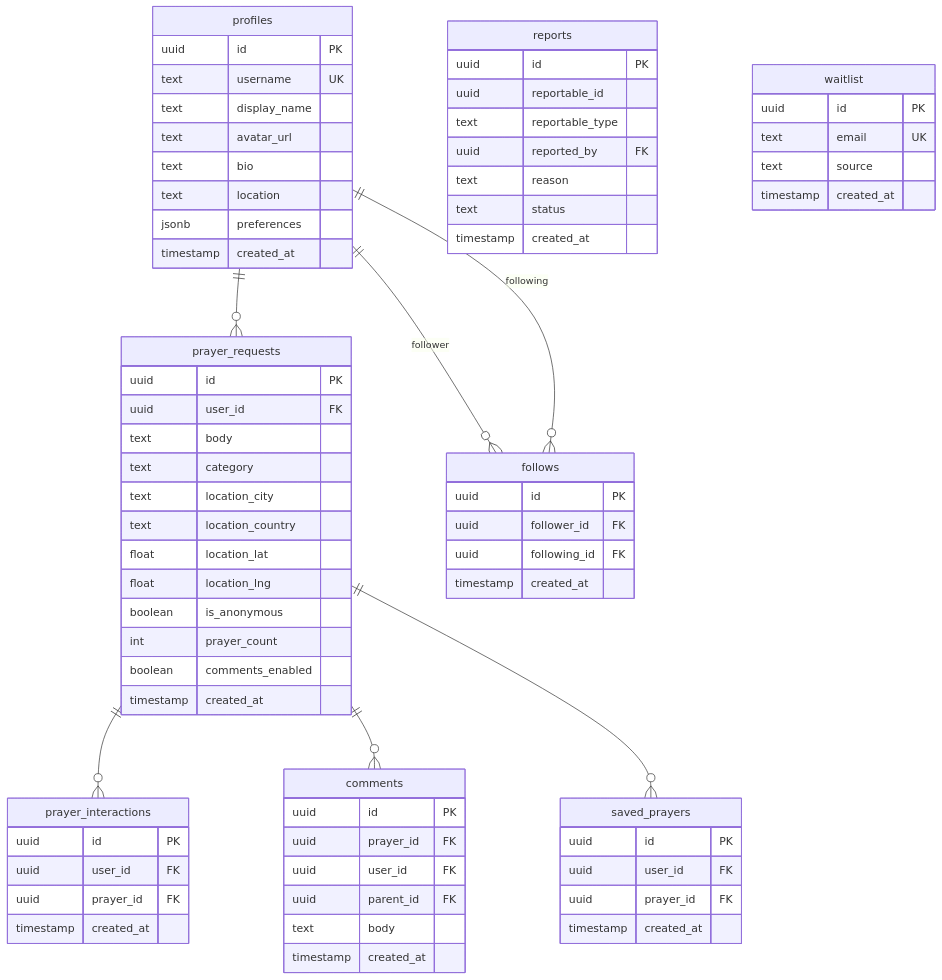
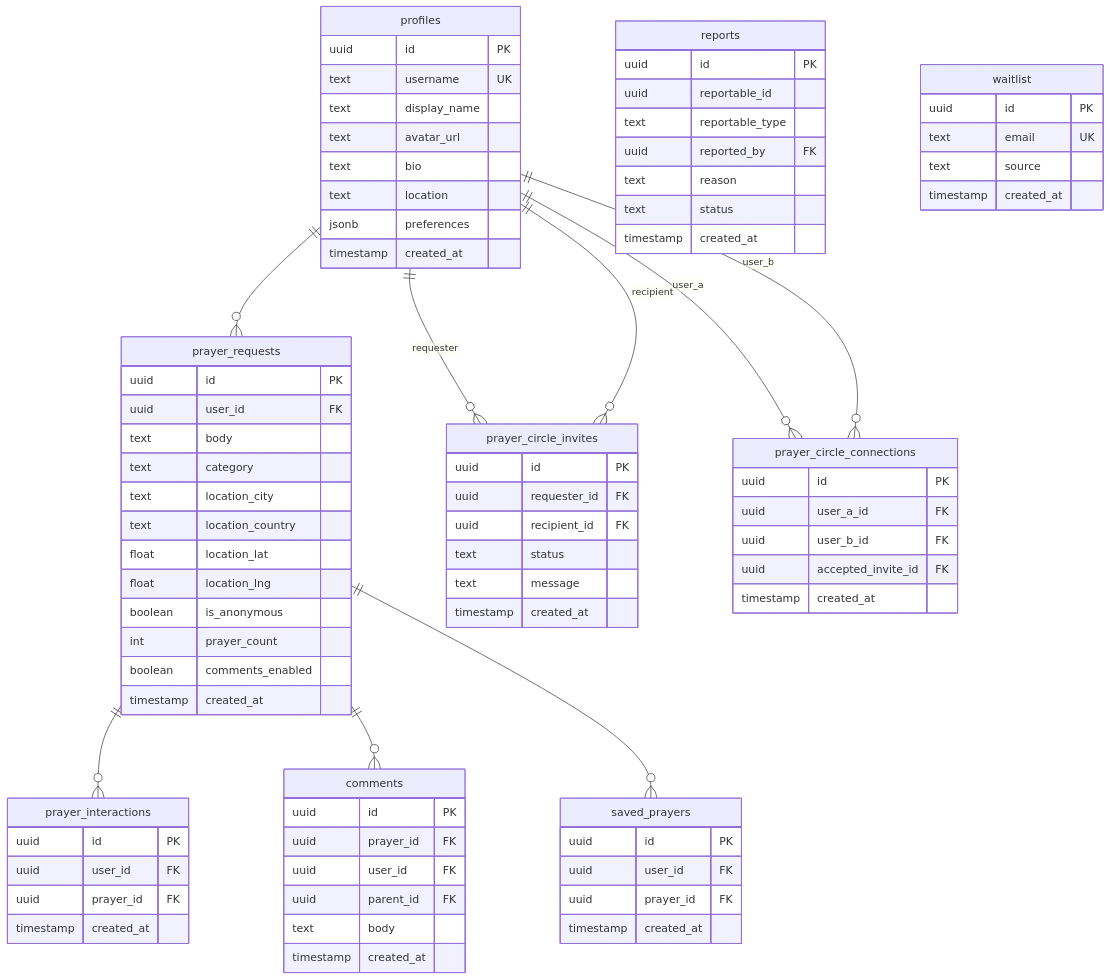
Before and after one commit to Rkigozi/oratio_global: the seventh of 8 diagrams in docs/ARCHITECTURE.md, drawn with Mermaid. The commit also changed other lines of this file and 22 other files, not shown here.

Commit message:
Replace follows with Prayer Circle

````diff
--- a/docs/ARCHITECTURE.md
+++ b/docs/ARCHITECTURE.md
@@ -252,10 +251,19 @@
         text body
         timestamp created_at
     }
-    follows {
+    prayer_circle_invites {
         uuid id PK
-        uuid follower_id FK
-        uuid following_id FK
+        uuid requester_id FK
+        uuid recipient_id FK
+        text status
+        text message
+        timestamp created_at
+    }
+    prayer_circle_connections {
+        uuid id PK
+        uuid user_a_id FK
+        uuid user_b_id FK
+        uuid accepted_invite_id FK
         timestamp created_at
     }
     saved_prayers {
@@ -284,6 +292,8 @@
     prayer_requests ||--o{ comments : ""
     prayer_requests ||--o{ saved_prayers : ""
     profiles ||--o{ prayer_requests : ""
-    profiles ||--o{ follows : "follower"
-    profiles ||--o{ follows : "following"
+    profiles ||--o{ prayer_circle_invites : "requester"
+    profiles ||--o{ prayer_circle_invites : "recipient"
+    profiles ||--o{ prayer_circle_connections : "user_a"
+    profiles ||--o{ prayer_circle_connections : "user_b"
 ```
````
